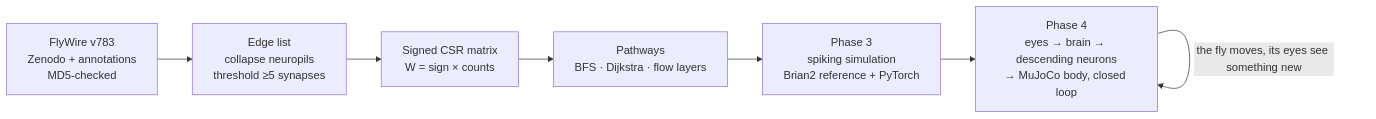
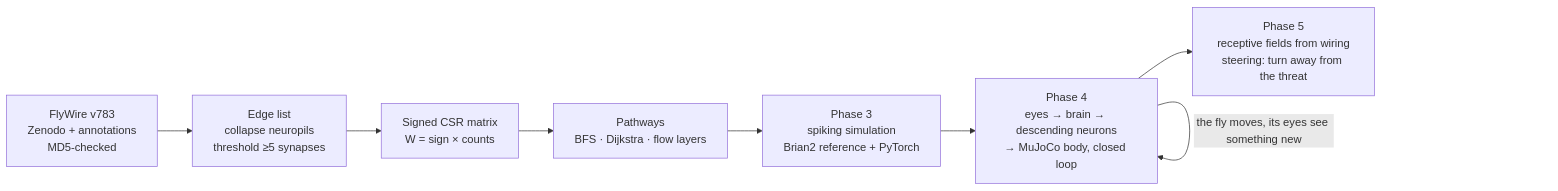
One commit to Froststar16/connectome-control changed the diagram in README.md. Above: the diagram before and after it, drawn with Mermaid. The commit also changed other lines of this file and 20 other files, not shown here.

Commit message:
Phase 5: receptive fields from the connectome, directional escape and steering

````diff
--- a/README.md
+++ b/README.md
@@ -43,9 +48,10 @@
 ```mermaid
 flowchart LR
     A[FlyWire v783<br/>Zenodo + annotations<br/>MD5-checked] --> B[Edge list<br/>collapse neuropils<br/>threshold ≥5 synapses]
     B --> C[Signed CSR matrix<br/>W = sign × counts]
     C --> D[Pathways<br/>BFS · Dijkstra · flow layers]
     D --> E[Phase 3<br/>spiking simulation<br/>Brian2 reference + PyTorch]
     E --> F[Phase 4<br/>eyes → brain → descending neurons<br/>→ MuJoCo body, closed loop]
     F -->|the fly moves, its eyes see something new| F
+    F --> G[Phase 5<br/>receptive fields from wiring<br/>steering: turn away from the threat]
 ```
````
